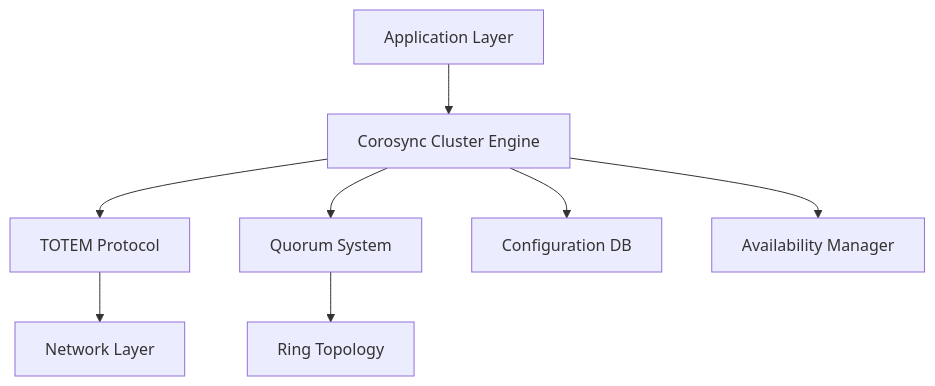
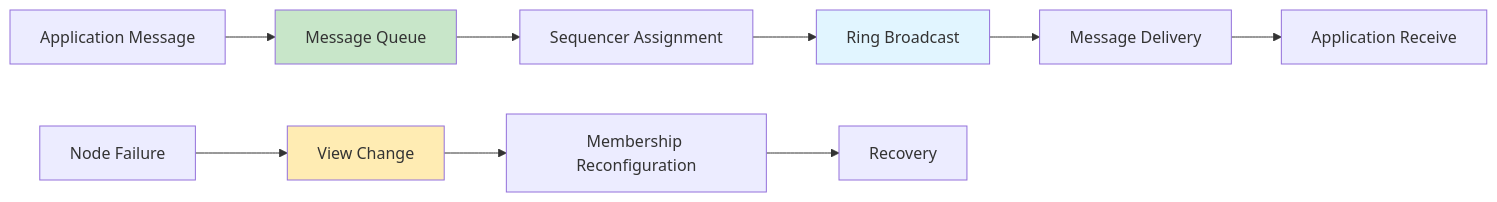
Before and after one commit to CrakA2/Linux_HA: the second of 3 diagrams in docs/cluster/corosync.md, drawn with Mermaid. The commit also changed other lines of this file and 11 other files, not shown here.

````diff
--- a/docs/cluster/corosync.md
+++ b/docs/cluster/corosync.md
@@ -7,10 +83,16 @@
 ```mermaid
-graph TB
-    A[Application Layer] --> B[Corosync Cluster Engine]
-    B --> C[TOTEM Protocol]
-    B --> D[Quorum System]
-    B --> E[Configuration DB]
-    B --> F[Availability Manager]
-    C --> G[Network Layer]
-    D --> H[Ring Topology]
+graph LR
+    A[Application Message] --> B[Message Queue]
+    B --> C[Sequencer Assignment]
+    C --> D[Ring Broadcast]
+    D --> E[Message Delivery]
+    E --> F[Application Receive]
+    
+    G[Node Failure] --> H[View Change]
+    H --> I[Membership Reconfiguration]
+    I --> J[Recovery]
+    
+    style B fill:#c8e6c9
+    style D fill:#e1f5ff
+    style H fill:#ffecb3
 ```
````
